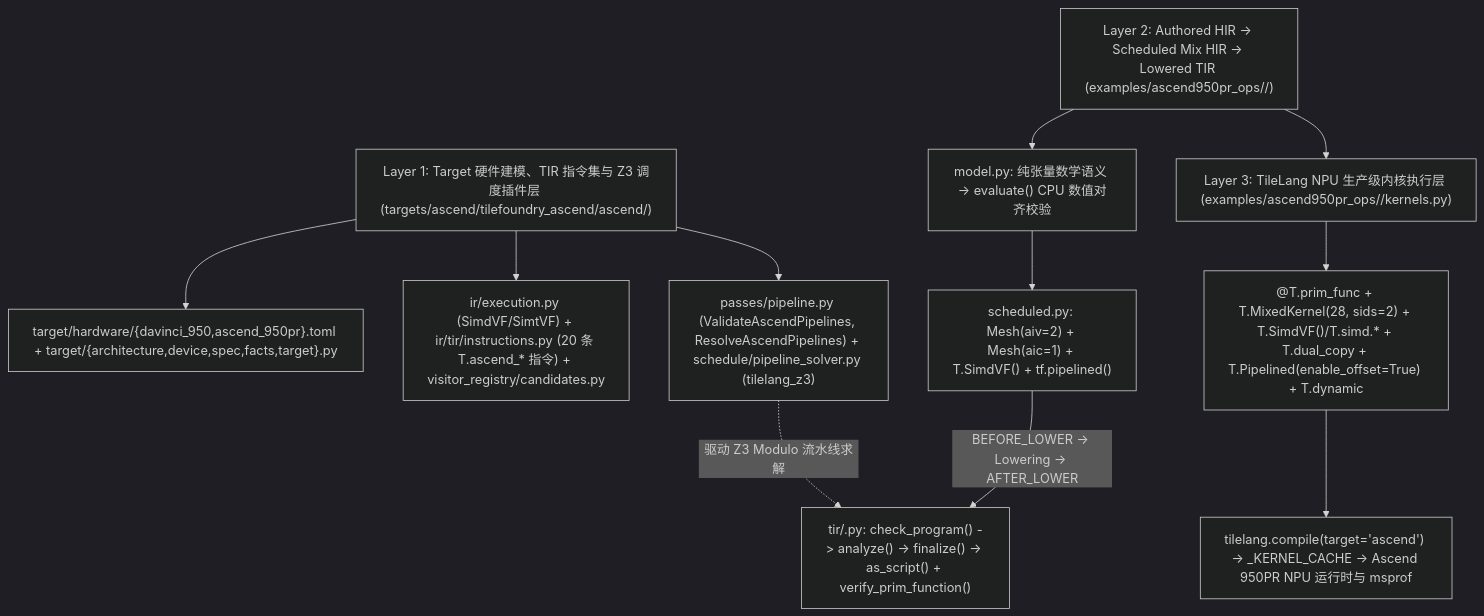
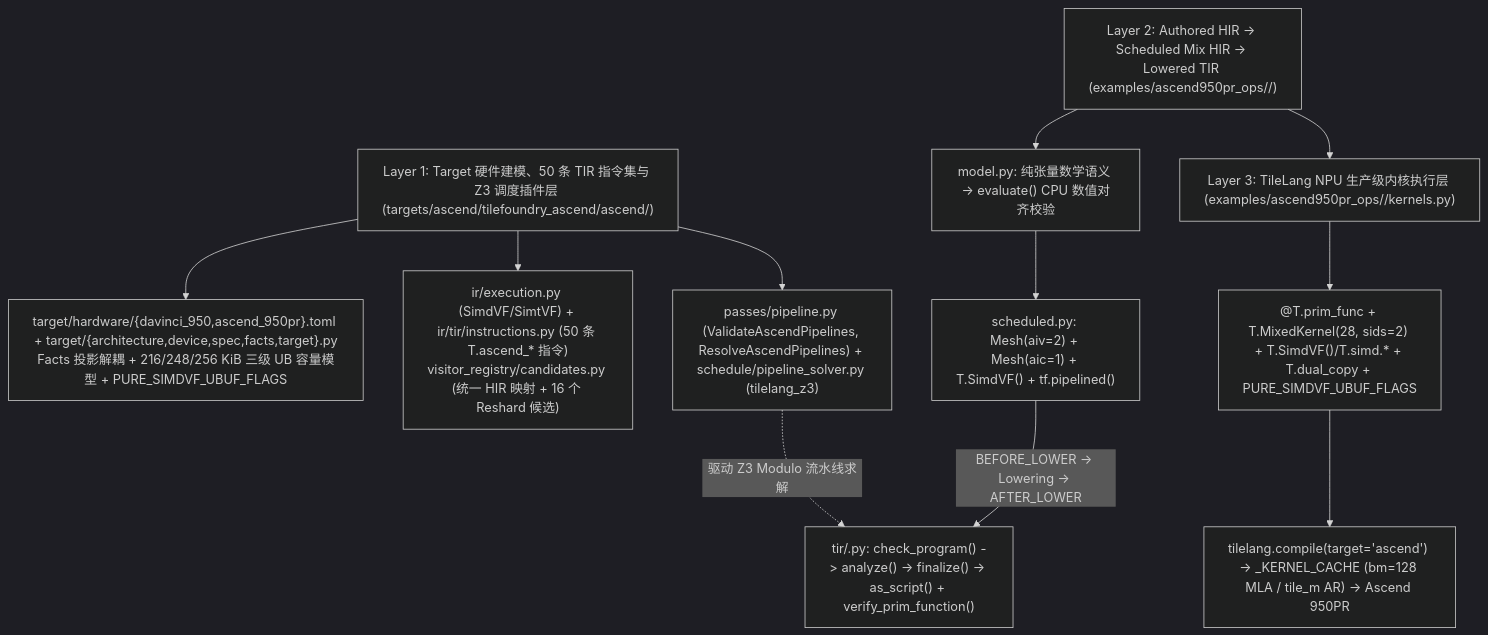
Before and after one commit to jingchangshi/TileFoundry: the first of 2 diagrams in docs/reports/ascend950pr_architecture_and_e2e.md, drawn with Mermaid (dark theme). The commit also changed other lines of this file and 2 other files, not shown here.

Commit message:
docs(ascend): refresh Ascend 950PR architecture, Reshard, and writeback docs

````diff
--- a/docs/reports/ascend950pr_architecture_and_e2e.md
+++ b/docs/reports/ascend950pr_architecture_and_e2e.md
@@ -7,27 +7,27 @@
 ```mermaid
 flowchart TD
-    L1["Layer 1: Target 硬件建模、TIR 指令集与 Z3 调度插件层 (targets/ascend/tilefoundry_ascend/ascend/)"]
-    HW["target/hardware/{davinci_950,ascend_950pr}.toml + target/{architecture,device,spec,facts,target}.py"]
-    IR["ir/execution.py (SimdVF/SimtVF) + ir/tir/instructions.py (20 条 T.ascend_* 指令) + visitor_registry/candidates.py"]
+    L1["Layer 1: Target 硬件建模、50 条 TIR 指令集与 Z3 调度插件层 (targets/ascend/tilefoundry_ascend/ascend/)"]
+    HW["target/hardware/{davinci_950,ascend_950pr}.toml + target/{architecture,device,spec,facts,target}.py\nFacts 投影解耦 + 216/248/256 KiB 三级 UB 容量模型 + PURE_SIMDVF_UBUF_FLAGS"]
+    IR["ir/execution.py (SimdVF/SimtVF) + ir/tir/instructions.py (50 条 T.ascend_* 指令)\nvisitor_registry/candidates.py (统一 HIR 映射 + 16 个 Reshard 候选)"]
     PASS["passes/pipeline.py (ValidateAscendPipelines, ResolveAscendPipelines) + schedule/pipeline_solver.py (tilelang_z3)"]
 
     L2["Layer 2: Authored HIR -> Scheduled Mix HIR -> Lowered TIR (examples/ascend950pr_ops/<op>/)"]
     MODEL["model.py: 纯张量数学语义 -> evaluate() CPU 数值对齐校验"]
     SCHED["scheduled.py: Mesh(aiv=2) + Mesh(aic=1) + T.SimdVF() + tf.pipelined()"]
     TIR["tir/<op>.py: check_program() -> analyze() -> finalize() -> as_script() + verify_prim_function()"]
 
     L3["Layer 3: TileLang NPU 生产级内核执行层 (examples/ascend950pr_ops/<op>/kernels.py)"]
-    TLK["@T.prim_func + T.MixedKernel(28, sids=2) + T.SimdVF()/T.simd.* + T.dual_copy + T.Pipelined(enable_offset=True) + T.dynamic"]
-    NPU["tilelang.compile(target='ascend') -> _KERNEL_CACHE -> Ascend 950PR NPU 运行时与 msprof"]
+    TLK["@T.prim_func + T.MixedKernel(28, sids=2) + T.SimdVF()/T.simd.* + T.dual_copy + PURE_SIMDVF_UBUF_FLAGS"]
+    NPU["tilelang.compile(target='ascend') -> _KERNEL_CACHE (bm=128 MLA / tile_m AR) -> Ascend 950PR"]
 
     L1 --> HW
     L1 --> IR
     L1 --> PASS
     L2 --> MODEL
     MODEL --> SCHED
     SCHED -->|"BEFORE_LOWER -> Lowering -> AFTER_LOWER"| TIR
     PASS -.->|"驱动 Z3 Modulo 流水线求解"| TIR
     L2 --> L3
     L3 --> TLK
     TLK --> NPU
 ```
````
